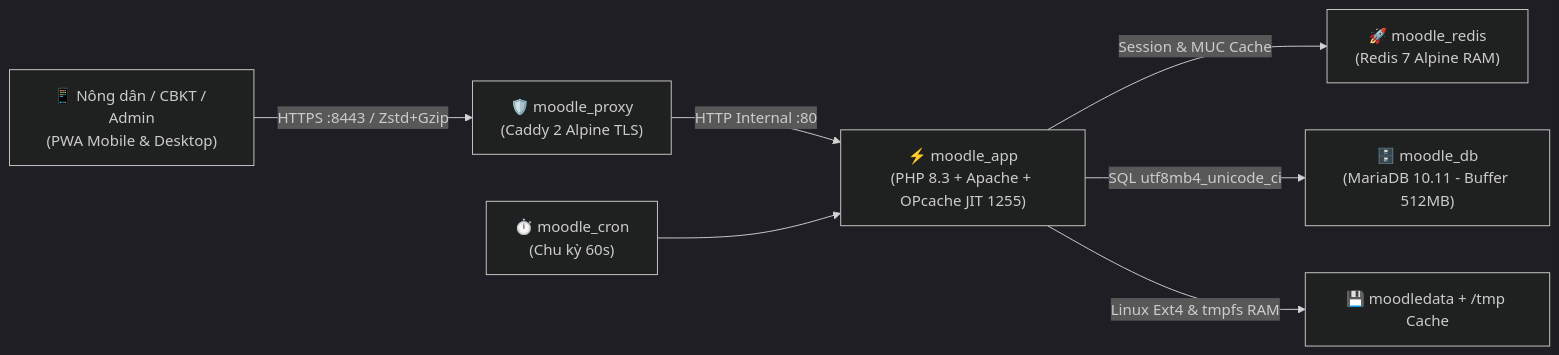
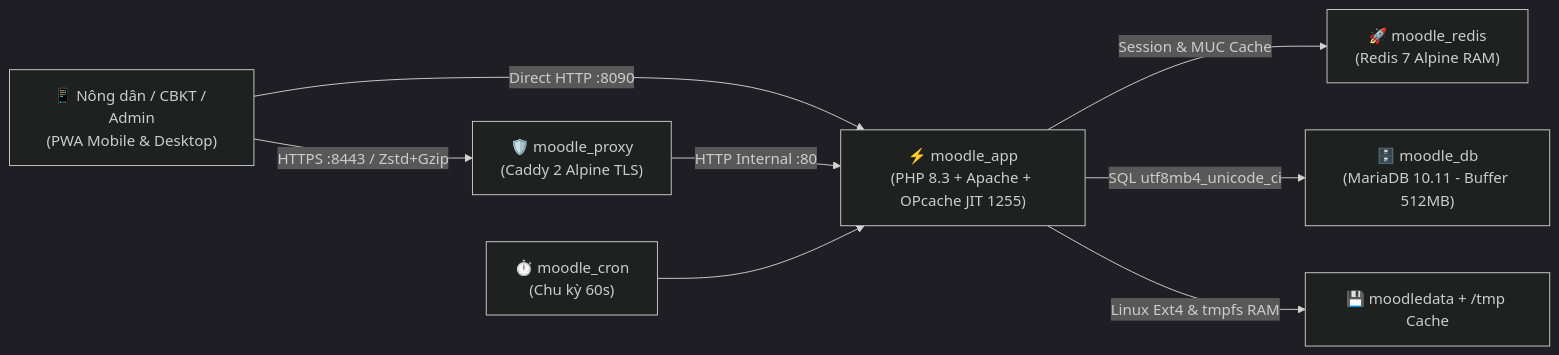
The diagram in README.md (NgDucNguyen1199/mam-xanh-lms-2-0), drawn with Mermaid (dark theme) before and after one commit. The commit also changed other lines of this file and 76 other files, not shown here.

Commit message:
feat(council-upgrades): add inline PDF viewer, authentic H5P & SCORM 1.2, Master Course sequential roadmap, 1-Click Course Cloner, real HTML5 videos, direct HTTP port & 51/51 E2E pass

````diff
--- a/README.md
+++ b/README.md
@@ -12,9 +12,10 @@
 ```mermaid
 flowchart LR
     Farmer["📱 Nông dân / CBKT / Admin<br/>(PWA Mobile & Desktop)"] -->|HTTPS :8443 / Zstd+Gzip| Caddy["🛡️ moodle_proxy<br/>(Caddy 2 Alpine TLS)"]
-    Caddy -->|HTTP Internal :80| App["⚡ moodle_app<br/>(PHP 8.3 + Apache + OPcache JIT 1255)"]
+    Farmer -->|Direct HTTP :8090| App["⚡ moodle_app<br/>(PHP 8.3 + Apache + OPcache JIT 1255)"]
+    Caddy -->|HTTP Internal :80| App
     Cron["⏱️ moodle_cron<br/>(Chu kỳ 60s)"] --> App
     App -->|Session & MUC Cache| Redis["🚀 moodle_redis<br/>(Redis 7 Alpine RAM)"]
     App -->|SQL utf8mb4_unicode_ci| DB["🗄️ moodle_db<br/>(MariaDB 10.11 - Buffer 512MB)"]
     App -->|Linux Ext4 & tmpfs RAM| Vol["💾 moodledata + /tmp Cache"]
 ```
````
